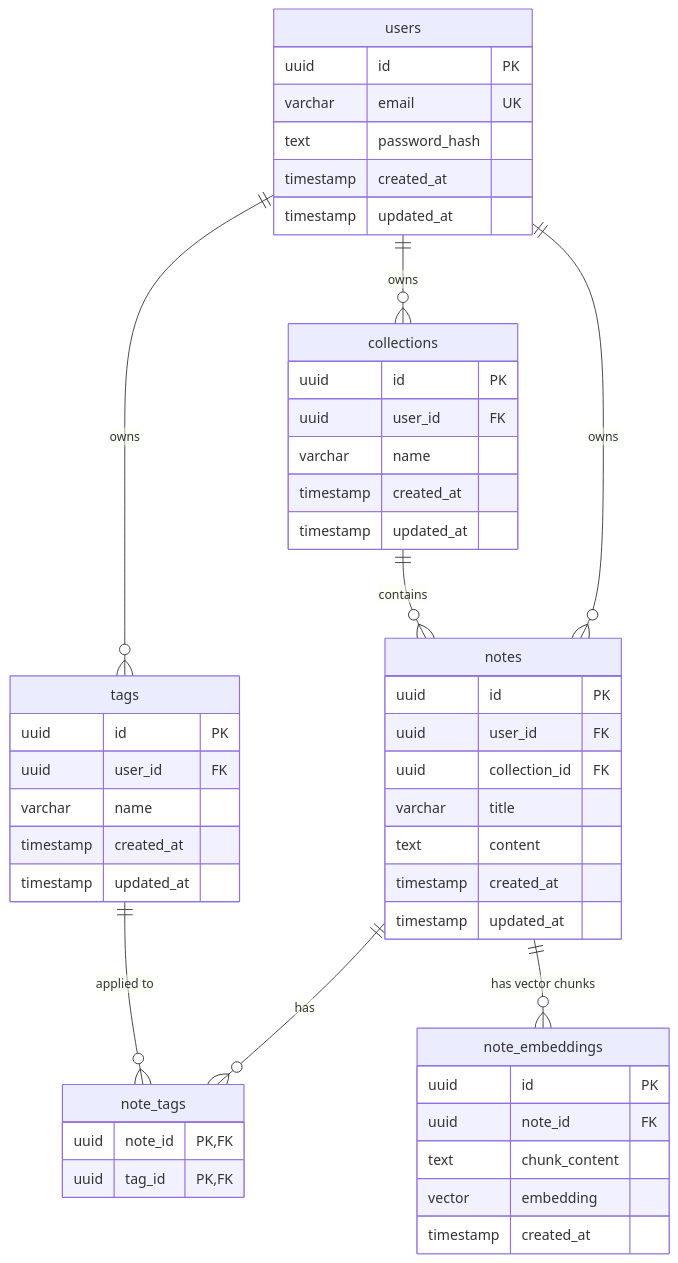
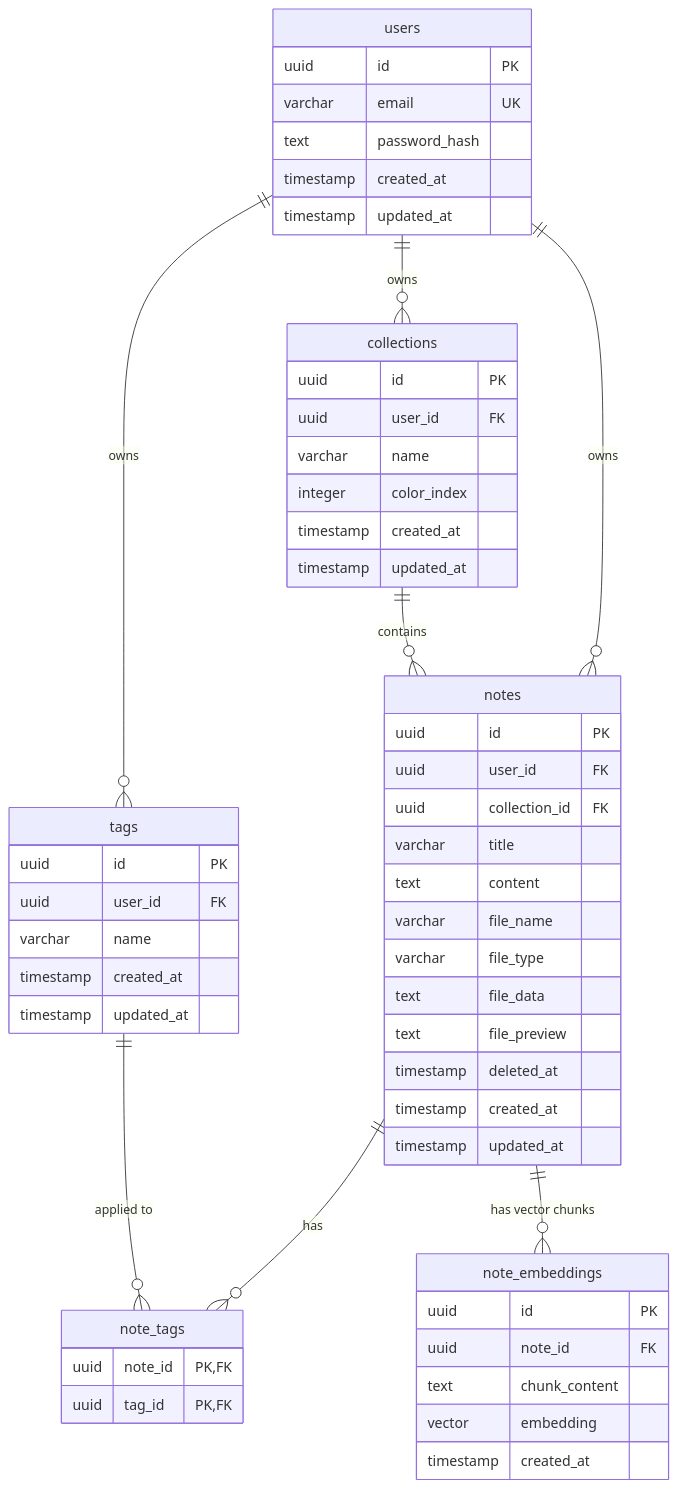
Before and after one commit to MuhammadSohaib20/NoteMind: the diagram in ERD.md, drawn with Mermaid. The commit also changed other lines of this file and 5 other files, not shown here.

First line of the commit message:
docs: RAG architecture guide, OpenAPI spec and README update

````diff
--- a/ERD.md
+++ b/ERD.md
@@ -5,57 +5,63 @@
 ```mermaid
 erDiagram
     users ||--o{ collections : "owns"
     users ||--o{ notes : "owns"
     users ||--o{ tags : "owns"
     collections ||--o{ notes : "contains"
     notes ||--o{ note_tags : "has"
     tags ||--o{ note_tags : "applied to"
     notes ||--o{ note_embeddings : "has vector chunks"
 
     users {
         uuid id PK
         varchar email UK
         text password_hash
         timestamp created_at
         timestamp updated_at
     }
 
     collections {
         uuid id PK
         uuid user_id FK
         varchar name
+        integer color_index
         timestamp created_at
         timestamp updated_at
     }
 
     notes {
         uuid id PK
         uuid user_id FK
         uuid collection_id FK
         varchar title
         text content
+        varchar file_name
+        varchar file_type
+        text file_data
+        text file_preview
+        timestamp deleted_at
         timestamp created_at
         timestamp updated_at
     }
 
     tags {
         uuid id PK
         uuid user_id FK
         varchar name
         timestamp created_at
         timestamp updated_at
     }
 
     note_tags {
         uuid note_id PK,FK
         uuid tag_id PK,FK
     }
 
     note_embeddings {
         uuid id PK
         uuid note_id FK
         text chunk_content
         vector embedding
         timestamp created_at
     }
 ```
````
